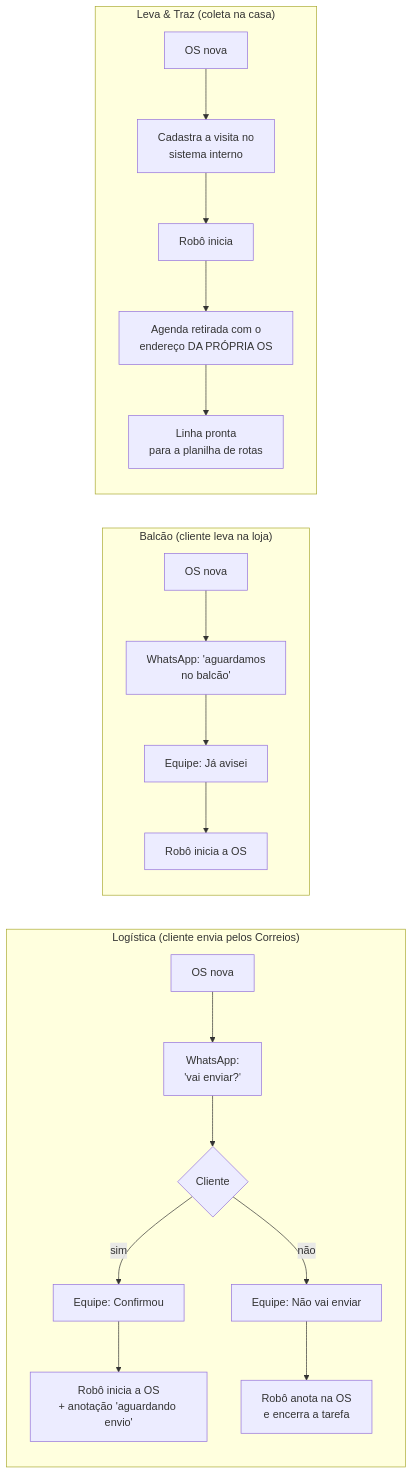
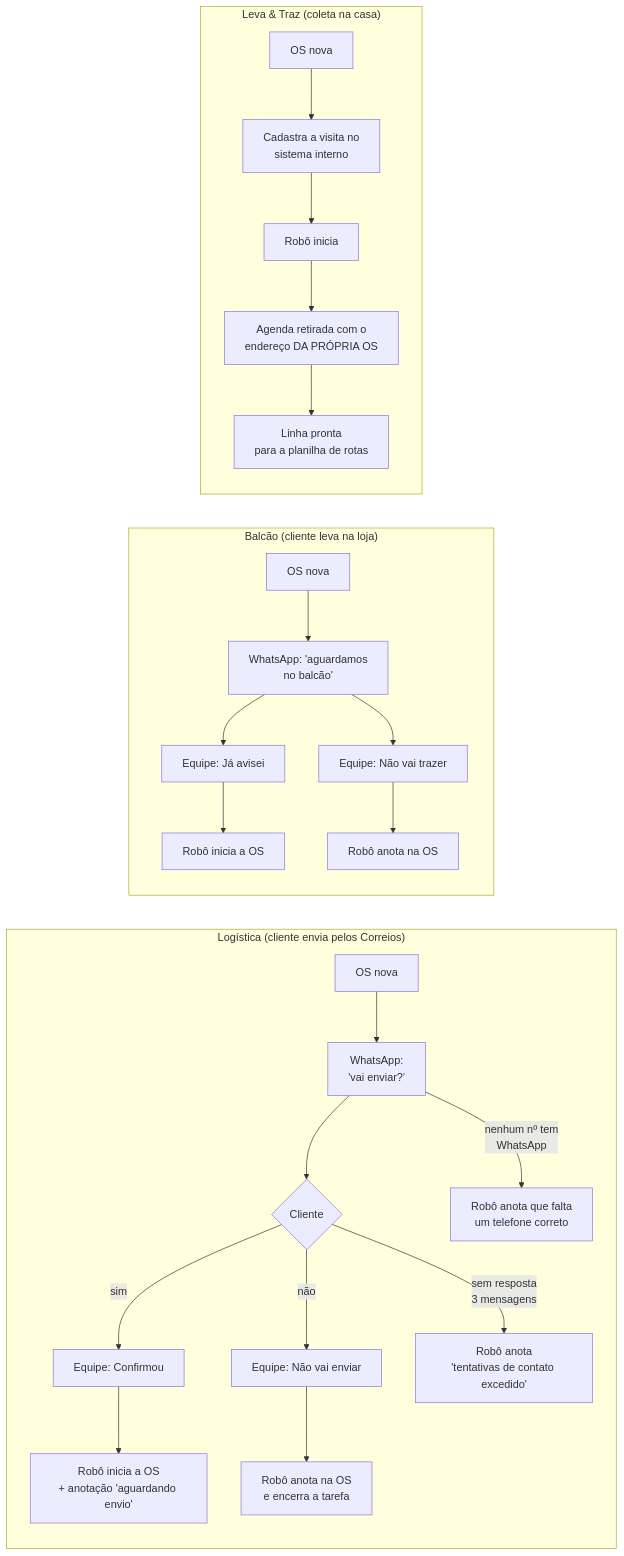
The third of 6 diagrams in README.md (sauleromorales/robo-prestador), drawn with Mermaid before and after one commit. The commit also changed other lines of this file and 5 other files, not shown here.

First line of the commit message:
README: interface nova em modo foco e tentativas de contato

````diff
--- a/README.md
+++ b/README.md
@@ -129,14 +150,17 @@
 ```mermaid
 flowchart LR
     subgraph LOG["Logística (cliente envia pelos Correios)"]
         L1[OS nova] --> L2[WhatsApp:<br/>'vai enviar?'] --> L3{Cliente}
         L3 -- sim --> L4[Equipe: Confirmou] --> L5[Robô inicia a OS<br/>+ anotação 'aguardando envio']
         L3 -- não --> L6[Equipe: Não vai enviar] --> L7[Robô anota na OS<br/>e encerra a tarefa]
+        L3 -- "sem resposta<br/>3 mensagens" --> L8[Robô anota<br/>'tentativas de contato excedido']
+        L2 -- "nenhum nº tem<br/>WhatsApp" --> L9[Robô anota que falta<br/>um telefone correto]
     end
     subgraph BAL["Balcão (cliente leva na loja)"]
         B1[OS nova] --> B2[WhatsApp: 'aguardamos<br/>no balcão'] --> B3[Equipe: Já avisei] --> B4[Robô inicia a OS]
+        B2 --> B5[Equipe: Não vai trazer] --> B6[Robô anota na OS]
     end
     subgraph LT["Leva & Traz (coleta na casa)"]
         T1[OS nova] --> T0[Cadastra a visita no<br/>sistema interno] --> T2[Robô inicia] --> T3[Agenda retirada com o<br/>endereço DA PRÓPRIA OS] --> T4[Linha pronta<br/>para a planilha de rotas]
     end
 ```
````
